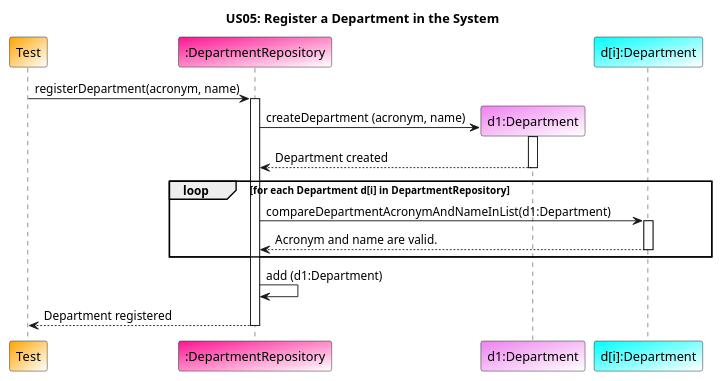
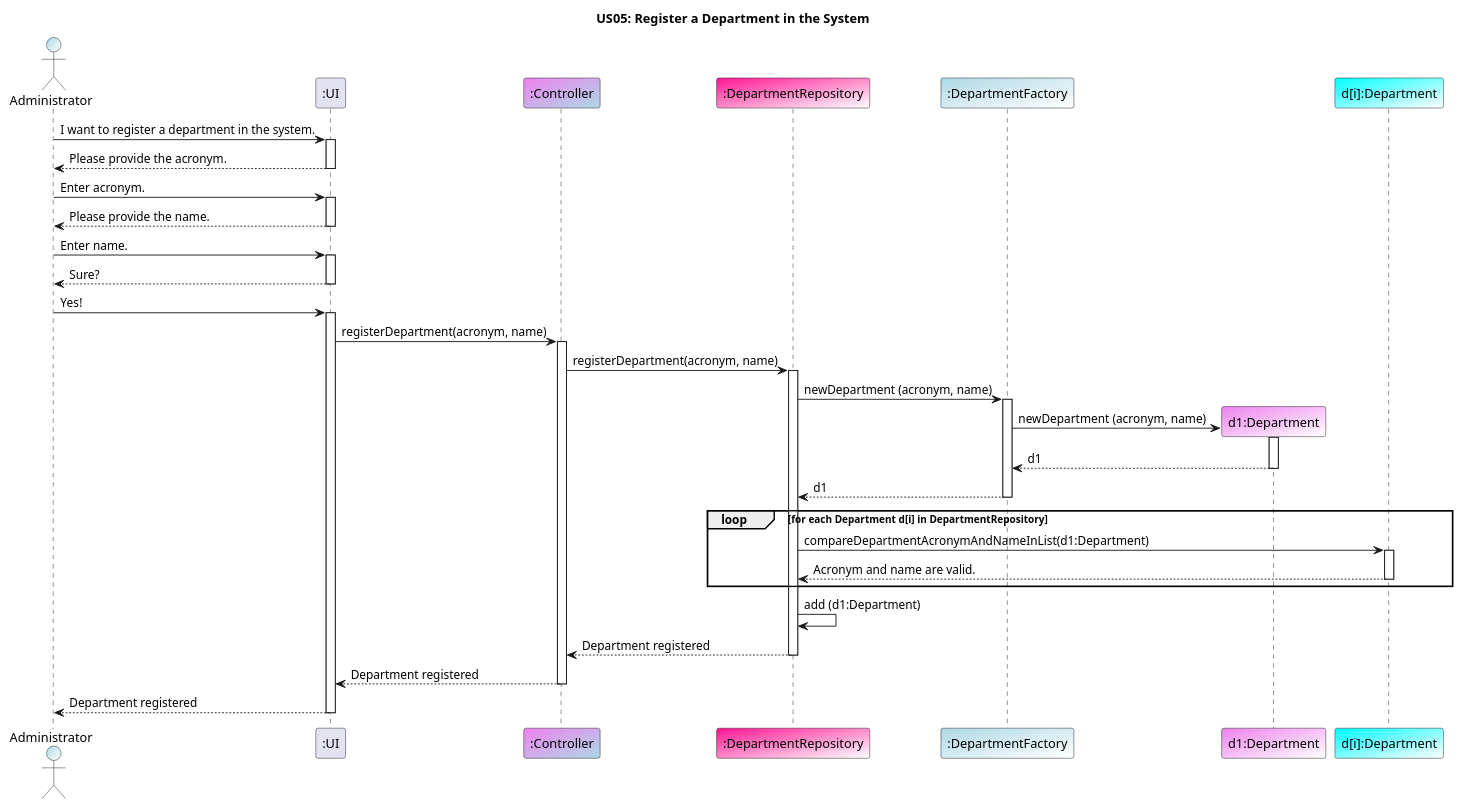
The diagram in docs/US05/US05_DepartmentRegistrySequenceDiagram.puml (GasparISEP/DevOps-PAI), drawn with PlantUML before and after one commit. The commit also changed 1 other file, not shown here.

Commit message:
Update US05 Class Diagram and Sequence Diagram- added DepartmentFactory

```diff
--- a/docs/US05/US05_DepartmentRegistrySequenceDiagram.puml
+++ b/docs/US05/US05_DepartmentRegistrySequenceDiagram.puml
@@ -1,33 +1,59 @@
 @startuml
 
 title US05: Register a Department in the System
 
-participant "Test" as Test #Orange/White
+actor "Administrator" as Administrator #LightBlue/White
+participant ":UI" as UI
+participant ":Controller" as Controller #Violet/LightBlue
 participant ":DepartmentRepository" as DepartmentRepository #DeepPink/White
+participant ":DepartmentFactory" as DepartmentFactory #LightBlue/White
 participant "d1:Department" as Department #Violet/White
 participant "d[i]:Department" as Departmenti #Cyan/White
 
-Test -> DepartmentRepository: registerDepartment(acronym, name)
+Administrator -> UI: I want to register a department in the system.
+activate UI
+UI --> Administrator: Please provide the acronym.
+deactivate UI
+Administrator -> UI: Enter acronym.
+activate UI
+UI --> Administrator: Please provide the name.
+deactivate UI
+Administrator -> UI: Enter name.
+activate UI
+UI --> Administrator: Sure?
+deactivate UI
+Administrator -> UI: Yes!
+activate UI
+
+UI -> Controller: registerDepartment(acronym, name)
+activate Controller
+Controller -> DepartmentRepository: registerDepartment(acronym, name)
 activate DepartmentRepository
-
-DepartmentRepository -> Department **: createDepartment (acronym, name)
+DepartmentRepository -> DepartmentFactory: newDepartment (acronym, name)
+activate DepartmentFactory
+DepartmentFactory -> Department **: newDepartment (acronym, name)
 activate Department
-Department --> DepartmentRepository: Department created
-
+Department --> DepartmentFactory: d1
 deactivate Department
-
+DepartmentFactory --> DepartmentRepository: d1
+deactivate DepartmentFactory
 
 loop for each Department d[i] in DepartmentRepository
 DepartmentRepository -> Departmenti: compareDepartmentAcronymAndNameInList(d1:Department)
 activate Departmenti
 Departmenti --> DepartmentRepository: Acronym and name are valid.
 deactivate Departmenti
 end
 
-
 DepartmentRepository -> DepartmentRepository: add (d1:Department)
 
-DepartmentRepository --> Test: Department registered
+DepartmentRepository --> Controller: Department registered
 deactivate DepartmentRepository
+Controller --> UI: Department registered
+deactivate Controller
+UI --> Administrator: Department registered
+deactivate UI
+
+
 
 @enduml
```
